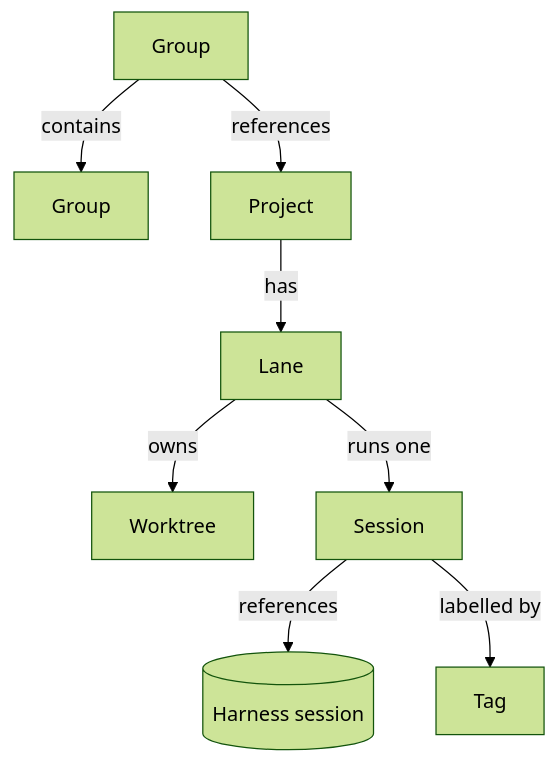
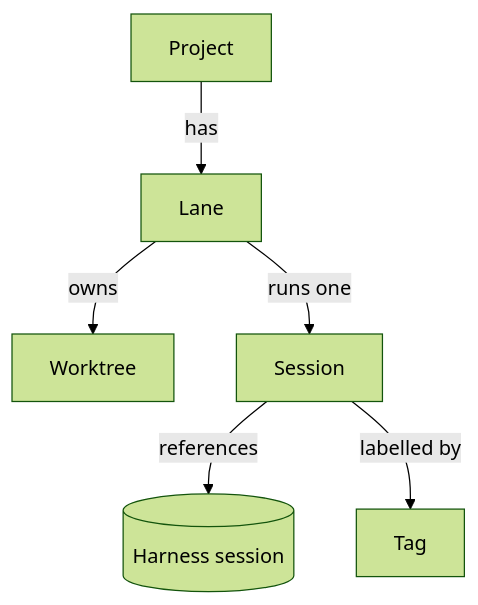
Before and after one commit to fbrg141/panoptes: the diagram in docs/domain-model.md, drawn with Mermaid (forest theme). The commit also changed other lines of this file and 5 other files, not shown here.

````diff
--- a/docs/domain-model.md
+++ b/docs/domain-model.md
@@ -33,10 +33,8 @@
 ```mermaid
 graph TD
-  G[Group] -->|contains| G2[Group]
-  G -->|references| P[Project]
-  P -->|has| L[Lane]
+  P[Project] -->|has| L[Lane]
   L -->|owns| W[Worktree]
   L -->|runs one| S[Session]
   S -->|references| H[(Harness session)]
   S -->|labelled by| T[Tag]
 ```
````
